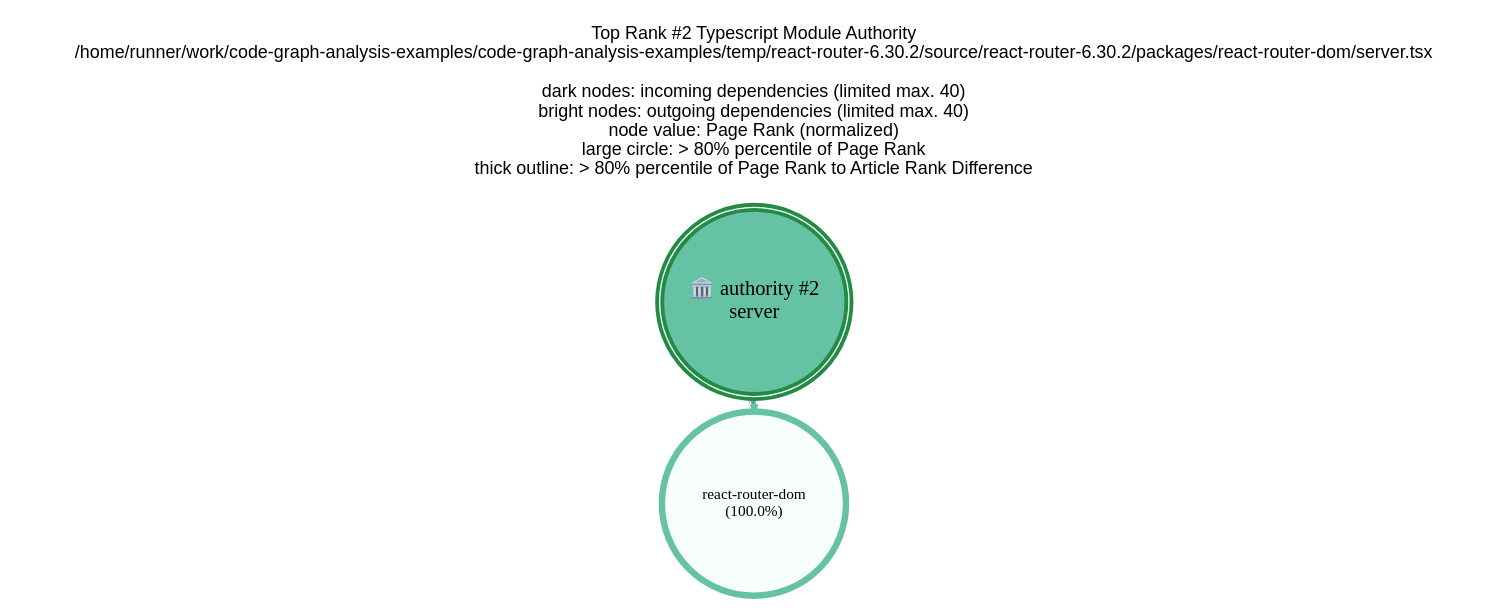
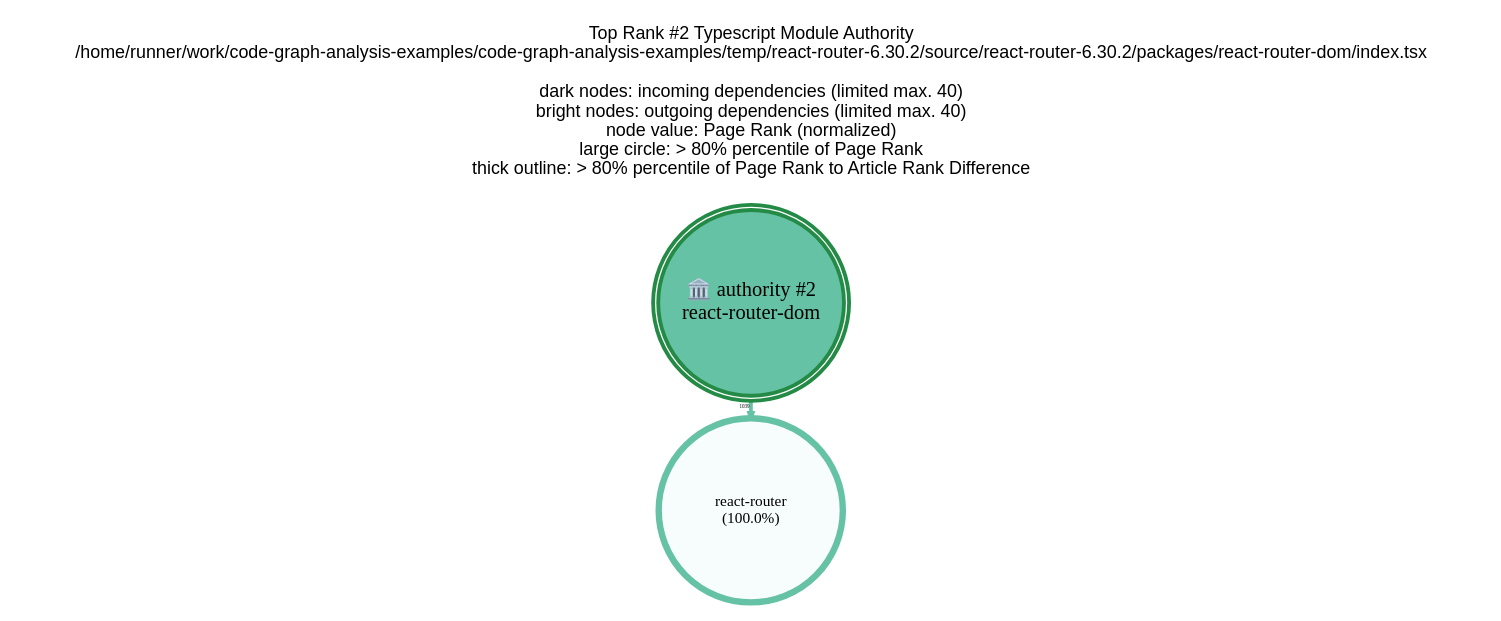
The diagram in analysis-results/react-router/latest/anomaly-detection/Typescript_Module/GraphVisualizations/graphviz/TopAuthority2.gv (JohT/code-graph-analysis-examples), drawn with Graphviz before and after one commit. The commit also changed 365 other files, not shown here.

Commit message:
Automated code structure analysis results (CI)

```diff
--- a/analysis-results/react-router/latest/anomaly-detection/Typescript_Module/GraphVisualizations/graphviz/TopAuthority2.gv
+++ b/analysis-results/react-router/latest/anomaly-detection/Typescript_Module/GraphVisualizations/graphviz/TopAuthority2.gv
@@ -1,18 +1,18 @@
 // This GraphViz dot file was generated by the script convertQueryResultCsvToGraphVizDotFile.sh with TopCentral.template
 
 strict digraph TopAuthority2 {
     graph [layout = "fdp"; start = "7"; splines = "spline"; pad = "0.8,0.1"; outputorder = "edgesfirst";];
     graph [fontname = "Helvetica,Arial,sans-serif"; labelloc = "t";];
     node [colorscheme = "bugn9"; color = 6; fillcolor = 3;];
     edge [colorscheme = "bugn9"; color = 7;];
     node [fontsize = 12; style = "filled"; margin = "0.03,0.03"; width="1.3"; height="0.9";];
     edge [fontsize = 4; arrowsize = "0.4";];
 
     central [shape = "doublecircle"; height = "2.0"; margin = "0.000001,0.000001";];
     central [fontsize = 16;];
     central [color = 7; fillcolor = 5; penwidth = 3;];
 
-	graph   [label="Top Rank #2 Typescript Module Authority\n/home/runner/work/code-graph-analysis-examples/code-graph-analysis-examples/temp/react-router-6.30.2/source/react-router-6.30.2/packages/react-router-dom/server.tsx\n\ndark nodes: incoming dependencies (limited max. 40)\nbright nodes: outgoing dependencies (limited max. 40)\nnode value: Page Rank (normalized)\nlarge circle: > 80% percentile of Page Rank\nthick outline: > 80% percentile of Page Rank to Article Rank Difference\n\n"];
-	central [label="🏛️ authority #2\nserver"];
-	"react-router-dom_3161"  [shape = "circle"; height=2; label = "react-router-dom\n(100.0%)"; penwidth = 5; color = 5; fillcolor = 1; ]; central -> "react-router-dom_3161" [label=70; weight=70; penwidth=2.9; color = 5];
+	graph   [label="Top Rank #2 Typescript Module Authority\n/home/runner/work/code-graph-analysis-examples/code-graph-analysis-examples/temp/react-router-6.30.2/source/react-router-6.30.2/packages/react-router-dom/index.tsx\n\ndark nodes: incoming dependencies (limited max. 40)\nbright nodes: outgoing dependencies (limited max. 40)\nnode value: Page Rank (normalized)\nlarge circle: > 80% percentile of Page Rank\nthick outline: > 80% percentile of Page Rank to Article Rank Difference\n\n"];
+	central [label="🏛️ authority #2\nreact-router-dom"];
+	"react-router_3572"  [shape = "circle"; height=2; label = "react-router\n(100.0%)"; penwidth = 5; color = 5; fillcolor = 1; ]; central -> "react-router_3572" [label=1039; weight=1039; penwidth=2.9; color = 5];
 }
```
